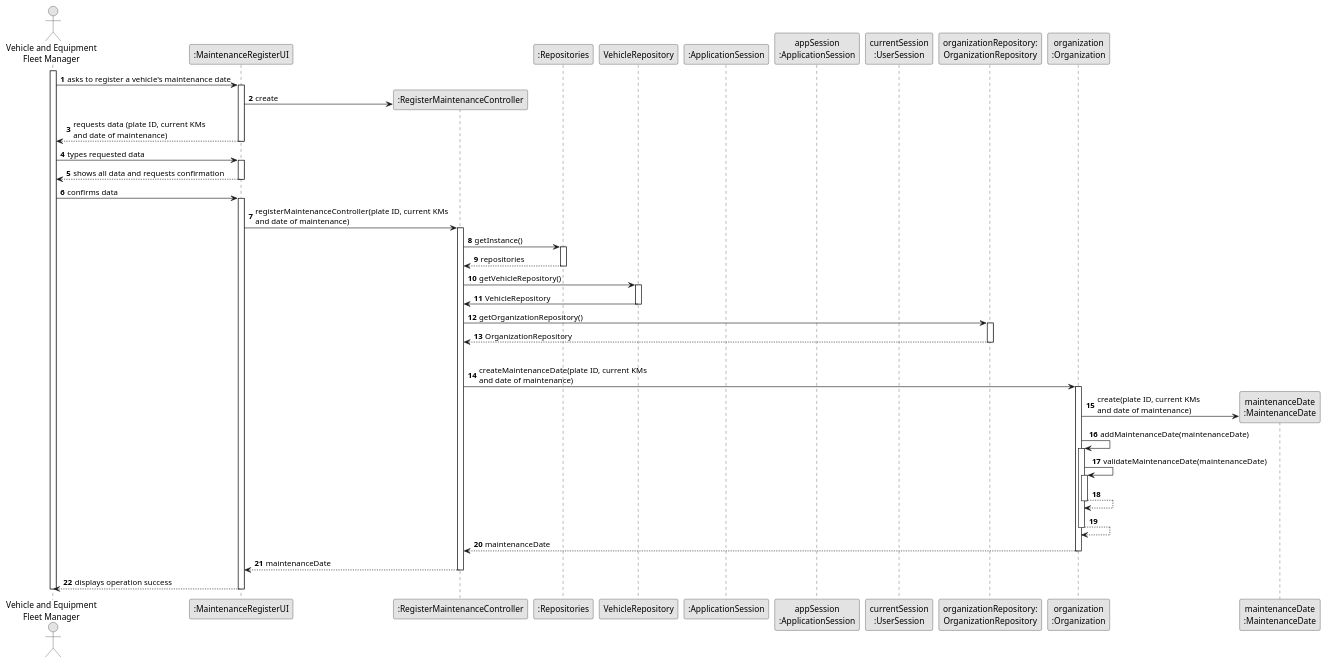
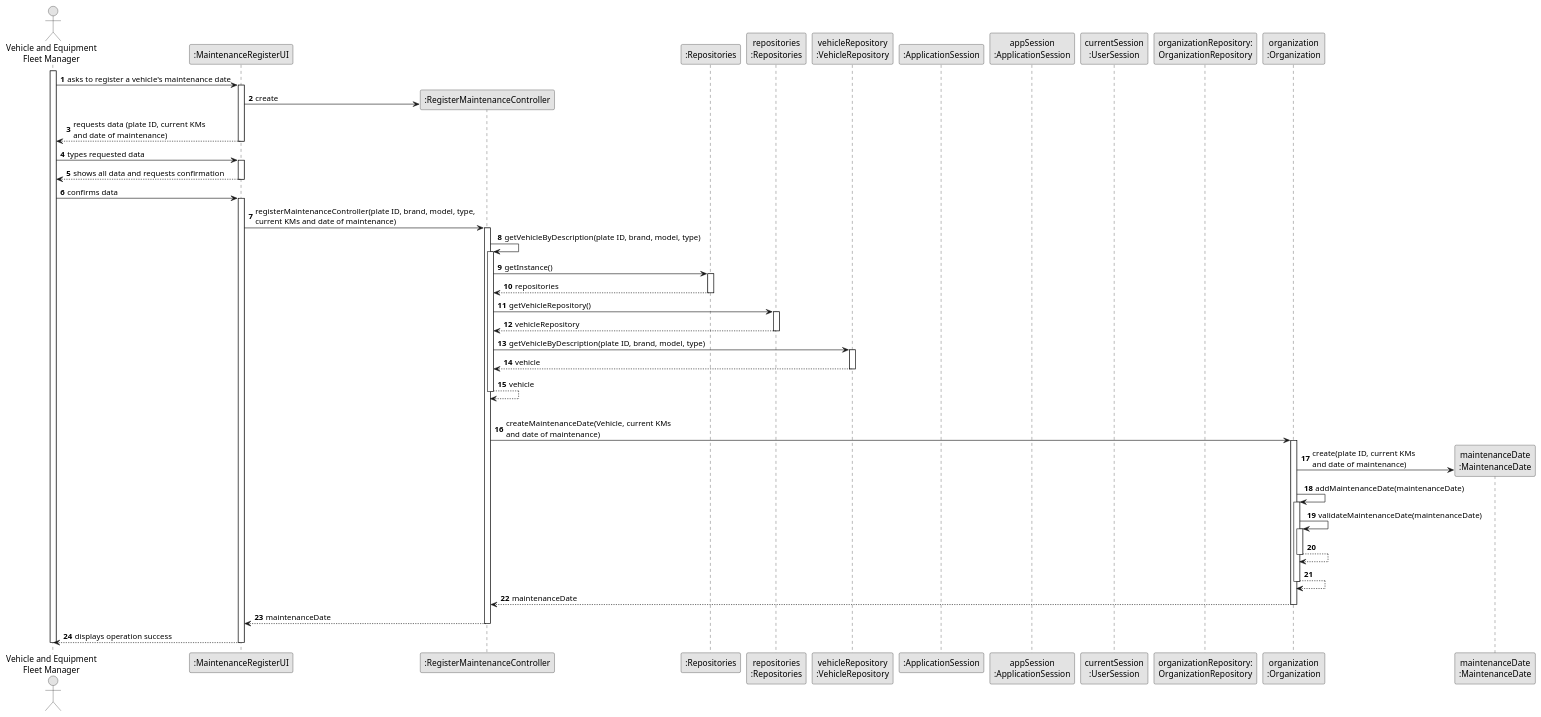
The diagram in docs/sprint2/us007/03.design/puml/us007-sequence-diagram-full.puml (tiagosoa/lei-24-s2-1dgh-g073), drawn with PlantUML before and after one commit. The commit also changed 2 other files, not shown here.

Commit message:
US007 improved full sequence diagram, split diagram and partial diagram get vehicle done

```diff
--- a/docs/sprint2/us007/03.design/puml/us007-sequence-diagram-full.puml
+++ b/docs/sprint2/us007/03.design/puml/us007-sequence-diagram-full.puml
@@ -1,99 +2,103 @@
 @startuml
 skinparam monochrome true
 skinparam packageStyle rectangle
 skinparam shadowing false
 
 autonumber
 
 'hide footbox
 actor "Vehicle and Equipment\nFleet Manager" as VEFL
 participant ":MaintenanceRegisterUI" as UI
 participant ":RegisterMaintenanceController" as RMC
 participant ":Repositories" as RepositorySingleton
-participant "VehicleRepository" as VR
+participant ":Repositories" as RepositorySingleton
+participant "repositories\n:Repositories" as PLAT
+participant "vehicleRepository\n:VehicleRepository" as VR
 participant ":ApplicationSession" as _APP
 participant "appSession\n:ApplicationSession" as APP
 participant "currentSession\n:UserSession" as SESSAO
 participant "organizationRepository:\nOrganizationRepository" as OrganizationRepository
 participant "organization\n:Organization" as ORG
 participant "maintenanceDate\n:MaintenanceDate" as TAREFA
 
 activate VEFL
 
         VEFL -> UI : asks to register a vehicle's maintenance date
 
         activate UI
 
 '            UI --> ADM : requests data (reference, description,  informal \n description, technical description, duration, cost)
             'create CTRL
             UI -> RMC** : create
 
 
 
             UI --> VEFL : requests data (plate ID, current KMs \nand date of maintenance)
         deactivate UI
 
     VEFL -> UI : types requested data
     activate UI
 
         UI --> VEFL : shows all data and requests confirmation
     deactivate UI
 
     VEFL -> UI : confirms data
     activate UI
 
-        UI -> RMC : registerMaintenanceController(plate ID, current KMs \nand date of maintenance)
+        UI -> RMC : registerMaintenanceController(plate ID, brand, model, type, \ncurrent KMs and date of maintenance)
         activate RMC
 
+                RMC -> RMC : getVehicleByDescription(plate ID, brand, model, type)
+                activate RMC
 
+                    RMC -> RepositorySingleton : getInstance()
+                    activate RepositorySingleton
 
-                RMC -> RepositorySingleton : getInstance()
-                activate RepositorySingleton
+                        RepositorySingleton --> RMC: repositories
+                    deactivate RepositorySingleton
 
-                    RepositorySingleton --> RMC: repositories
-                deactivate RepositorySingleton
+                    RMC -> PLAT : getVehicleRepository()
+                    activate PLAT
 
-                RMC -> VR : getVehicleRepository()
-                activate VR
+                        PLAT --> RMC : vehicleRepository
+                    deactivate PLAT
 
-                    VR -> RMC : VehicleRepository
-                deactivate VR
+                    RMC -> VR : getVehicleByDescription(plate ID, brand, model, type)
+                    activate VR
 
-                RMC -> OrganizationRepository : getOrganizationRepository()
-                activate OrganizationRepository
+                        VR --> RMC : vehicle
+                    deactivate VR
 
-                    OrganizationRepository --> RMC : OrganizationRepository
-                deactivate OrganizationRepository
+                    RMC --> RMC : vehicle
 
-
-
+                deactivate RMC
 
             |||
-            RMC -> ORG: createMaintenanceDate(plate ID, current KMs \nand date of maintenance)
+            RMC -> ORG: createMaintenanceDate(Vehicle, current KMs \nand date of maintenance)
             activate ORG
 
                 ORG -> TAREFA**: create(plate ID, current KMs \nand date of maintenance)
                 ORG -> ORG: addMaintenanceDate(maintenanceDate)
 
 
                 activate ORG
                     ORG -> ORG: validateMaintenanceDate(maintenanceDate)
                     activate ORG
                         ORG --> ORG
                     deactivate ORG
 
                     ORG --> ORG
                 deactivate ORG
 
                 ORG --> RMC : maintenanceDate
 
             deactivate ORG
 
             RMC --> UI: maintenanceDate
-            deactivate RMC
+        deactivate RMC
             UI --> VEFL: displays operation success
     deactivate UI
 
 deactivate VEFL
 
 @enduml
```
